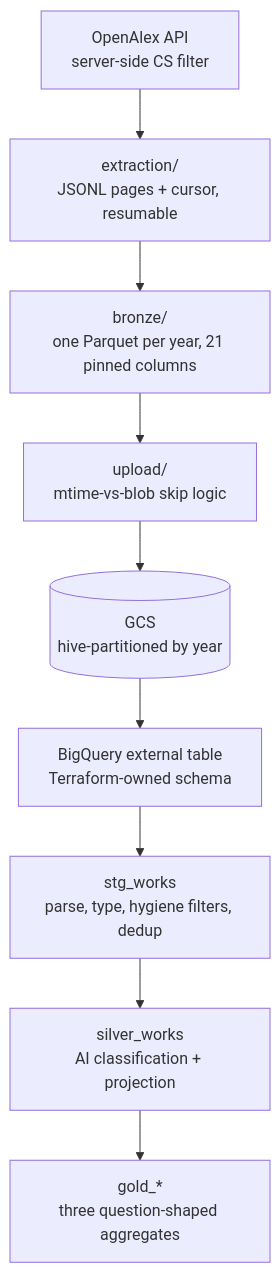
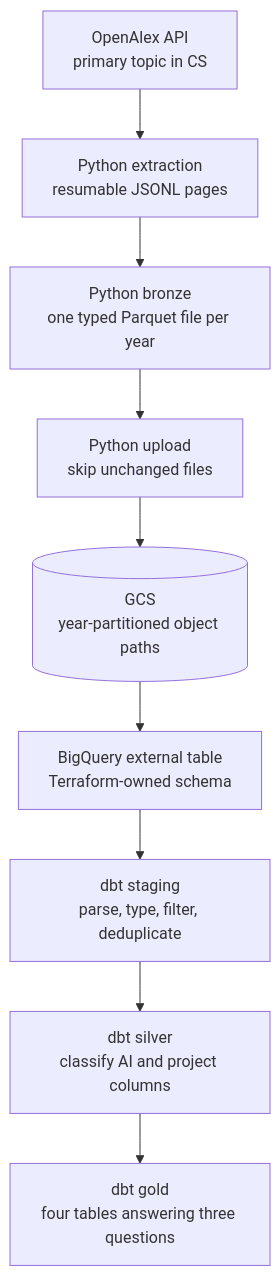
The diagram in README.md (ngolombiewski/openalex-pipeline), drawn with Mermaid before and after one commit. The commit also changed other lines of this file and 3 other files, not shown here.

````diff
--- a/README.md
+++ b/README.md
@@ -72,12 +105,12 @@
 ```mermaid
 flowchart TD
-    API[OpenAlex API<br/>server-side CS filter] --> EX
-    EX[extraction/<br/>JSONL pages + cursor, resumable] --> BR
-    BR[bronze/<br/>one Parquet per year, 21 pinned columns] --> UP
-    UP[upload/<br/>mtime-vs-blob skip logic] --> GCS
-    GCS[(GCS<br/>hive-partitioned by year)] --> EXT
+    API[OpenAlex API<br/>primary topic in CS] --> EX
+    EX[Python extraction<br/>resumable JSONL pages] --> BR
+    BR[Python bronze<br/>one typed Parquet file per year] --> UP
+    UP[Python upload<br/>skip unchanged files] --> GCS
+    GCS[(GCS<br/>year-partitioned object paths)] --> EXT
     EXT[BigQuery external table<br/>Terraform-owned schema] --> STG
-    STG[stg_works<br/>parse, type, hygiene filters, dedup] --> SIL
-    SIL[silver_works<br/>AI classification + projection] --> GOLD
-    GOLD[gold_*<br/>three question-shaped aggregates]
+    STG[dbt staging<br/>parse, type, filter, deduplicate] --> SIL
+    SIL[dbt silver<br/>classify AI and project columns] --> GOLD
+    GOLD[dbt gold<br/>four tables answering three questions]
 ```
````
